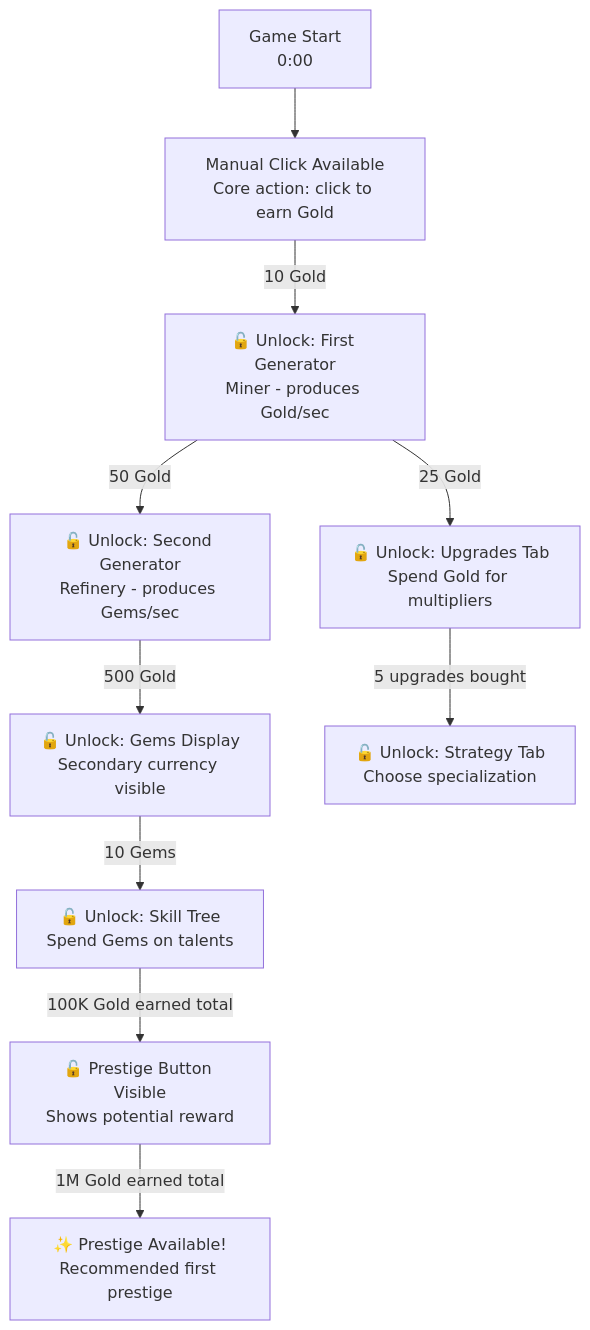
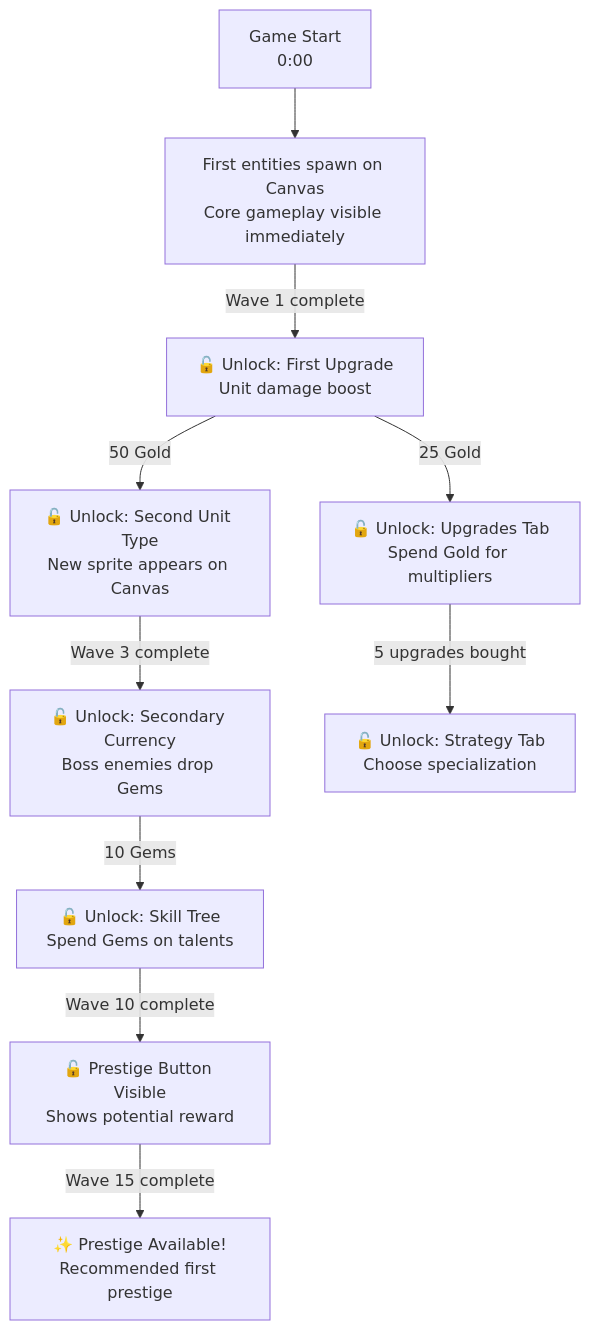
Before and after one commit to J-Gierend/gamePocGen: the first of 6 diagrams in prompts/phase2-gdd/progression.md, drawn with Mermaid. The commit also changed other lines of this file and 9 other files, not shown here.

Commit message:
checkpoint before prompt rewrite: gameplay-first redesign

````diff
--- a/prompts/phase2-gdd/progression.md
+++ b/prompts/phase2-gdd/progression.md
@@ -47,12 +54,12 @@
 ```mermaid
 flowchart TD
-    Start["Game Start\n0:00"] --> Click["Manual Click Available\nCore action: click to earn Gold"]
-    Click -->|"10 Gold"| Gen1["🔓 Unlock: First Generator\nMiner - produces Gold/sec"]
-    Gen1 -->|"50 Gold"| Gen2["🔓 Unlock: Second Generator\nRefinery - produces Gems/sec"]
+    Start["Game Start\n0:00"] --> FirstAction["First entities spawn on Canvas\nCore gameplay visible immediately"]
+    FirstAction -->|"Wave 1 complete"| Gen1["🔓 Unlock: First Upgrade\nUnit damage boost"]
+    Gen1 -->|"50 Gold"| Gen2["🔓 Unlock: Second Unit Type\nNew sprite appears on Canvas"]
     Gen1 -->|"25 Gold"| Upgrades["🔓 Unlock: Upgrades Tab\nSpend Gold for multipliers"]
-    Gen2 -->|"500 Gold"| Currency2["🔓 Unlock: Gems Display\nSecondary currency visible"]
+    Gen2 -->|"Wave 3 complete"| Currency2["🔓 Unlock: Secondary Currency\nBoss enemies drop Gems"]
     Upgrades -->|"5 upgrades bought"| Tab2["🔓 Unlock: Strategy Tab\nChoose specialization"]
     Currency2 -->|"10 Gems"| SkillTree["🔓 Unlock: Skill Tree\nSpend Gems on talents"]
-    SkillTree -->|"100K Gold earned total"| PrestigeTeaser["🔓 Prestige Button Visible\nShows potential reward"]
-    PrestigeTeaser -->|"1M Gold earned total"| PrestigeReady["✨ Prestige Available!\nRecommended first prestige"]
+    SkillTree -->|"Wave 10 complete"| PrestigeTeaser["🔓 Prestige Button Visible\nShows potential reward"]
+    PrestigeTeaser -->|"Wave 15 complete"| PrestigeReady["✨ Prestige Available!\nRecommended first prestige"]
 ```
````
